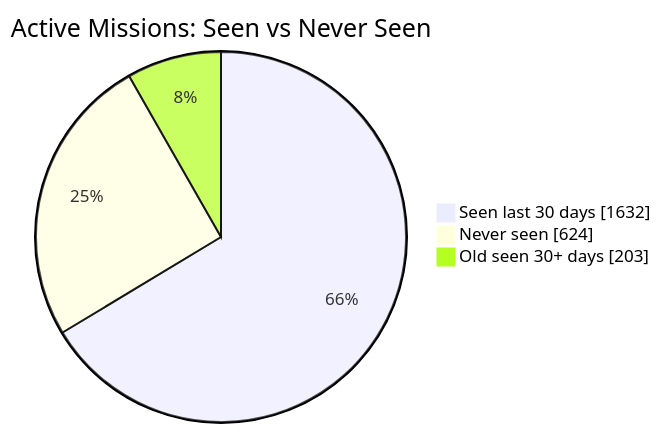
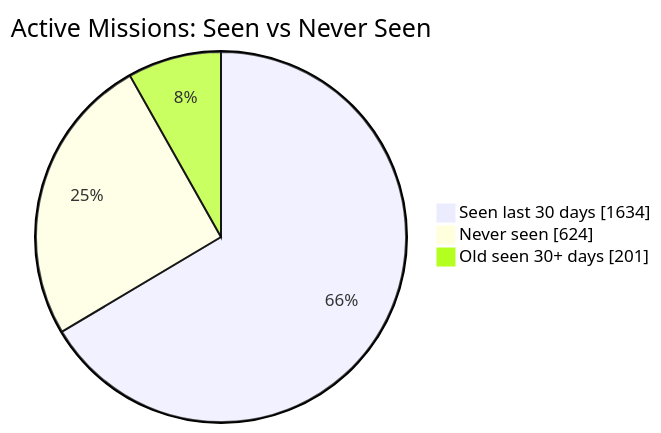
The first of 2 diagrams in README.md (MeldkamerspelGameTeam/active-missions), drawn with Mermaid before and after one commit. The commit also changed other lines of this file and 2 other files, not shown here.

````diff
--- a/README.md
+++ b/README.md
@@ -34,7 +34,7 @@
 ```mermaid
 pie showData
     title Active Missions: Seen vs Never Seen
-    "Seen last 30 days" : 1632
+    "Seen last 30 days" : 1634
     "Never seen" : 624
-    "Old seen 30+ days" : 203
+    "Old seen 30+ days" : 201
 ```
````
